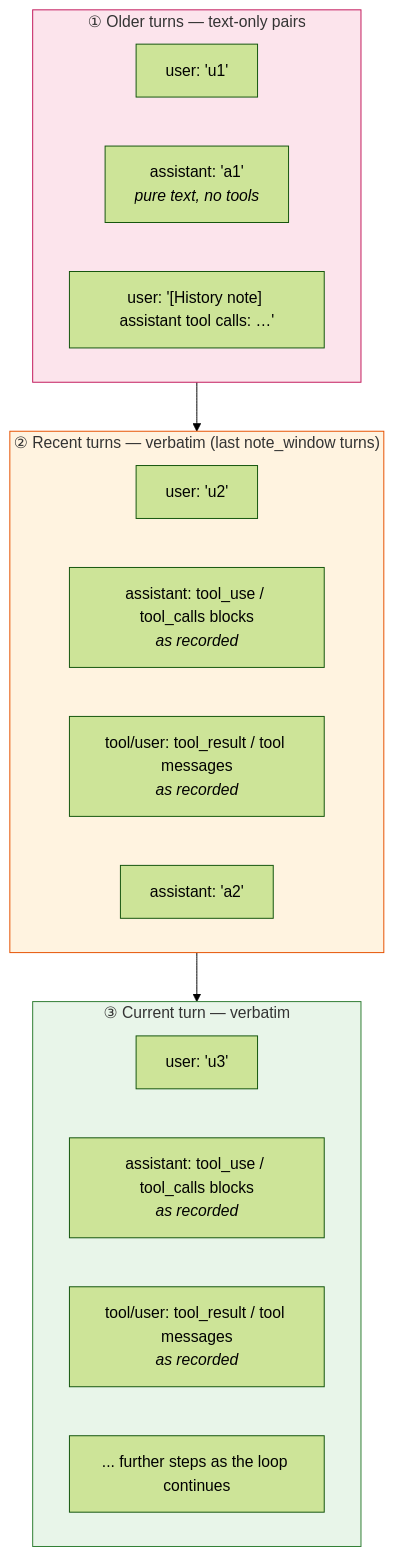
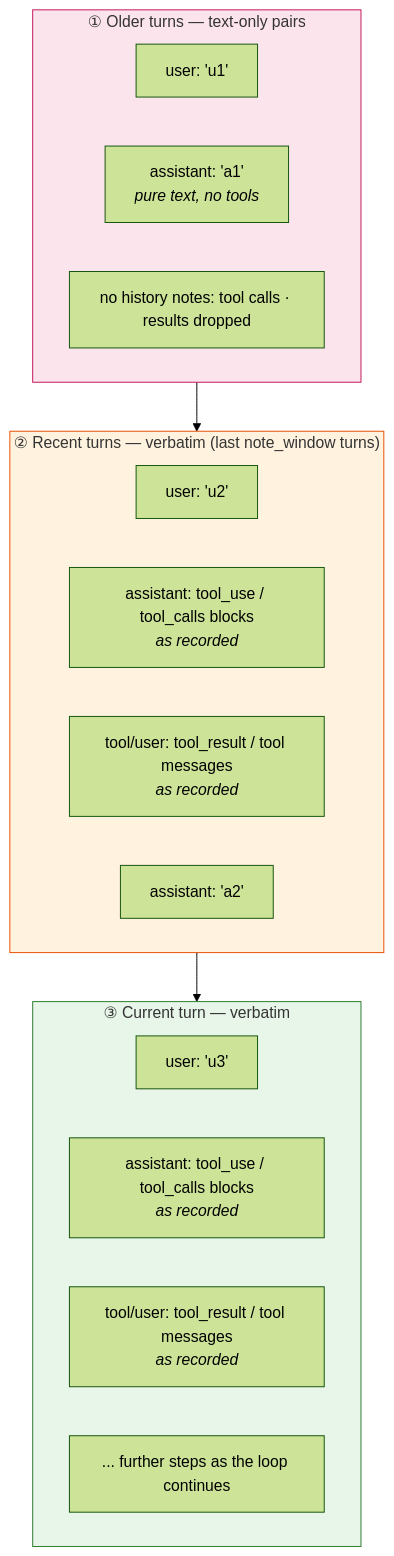
Before and after one commit to kingye/jyc: the second of 2 diagrams in docs/architecture/context.md, drawn with Mermaid (forest theme). The commit also changed other lines of this file and 8 other files, not shown here.

````diff
--- a/docs/architecture/context.md
+++ b/docs/architecture/context.md
@@ -178,24 +184,24 @@
 ```mermaid
 flowchart TB
     subgraph R1["① Older turns — text-only pairs"]
         R1U["user: 'u1'"]
         R1A["assistant: 'a1'<br/><i>pure text, no tools</i>"]
-        R1N["user: '[History note] assistant tool calls: …'"]
+        R1N["no history notes: tool calls · results dropped"]
     end
     subgraph R2["② Recent turns — verbatim (last note_window turns)"]
         R2U["user: 'u2'"]
         R2ATU["assistant: tool_use / tool_calls blocks<br/><i>as recorded</i>"]
         R2TR["tool/user: tool_result / tool messages<br/><i>as recorded</i>"]
         R2A["assistant: 'a2'"]
     end
     subgraph R3["③ Current turn — verbatim"]
         R3U["user: 'u3'"]
         R3ATU["assistant: tool_use / tool_calls blocks<br/><i>as recorded</i>"]
         R3TR["tool/user: tool_result / tool messages<br/><i>as recorded</i>"]
         R3MORE["... further steps as the loop continues"]
     end
     R1 --> R2 --> R3
     style R1 fill:#fce4ec,stroke:#c2185b
     style R2 fill:#fff3e0,stroke:#e65100
     style R3 fill:#e8f5e9,stroke:#2e7d32
 ```
````
